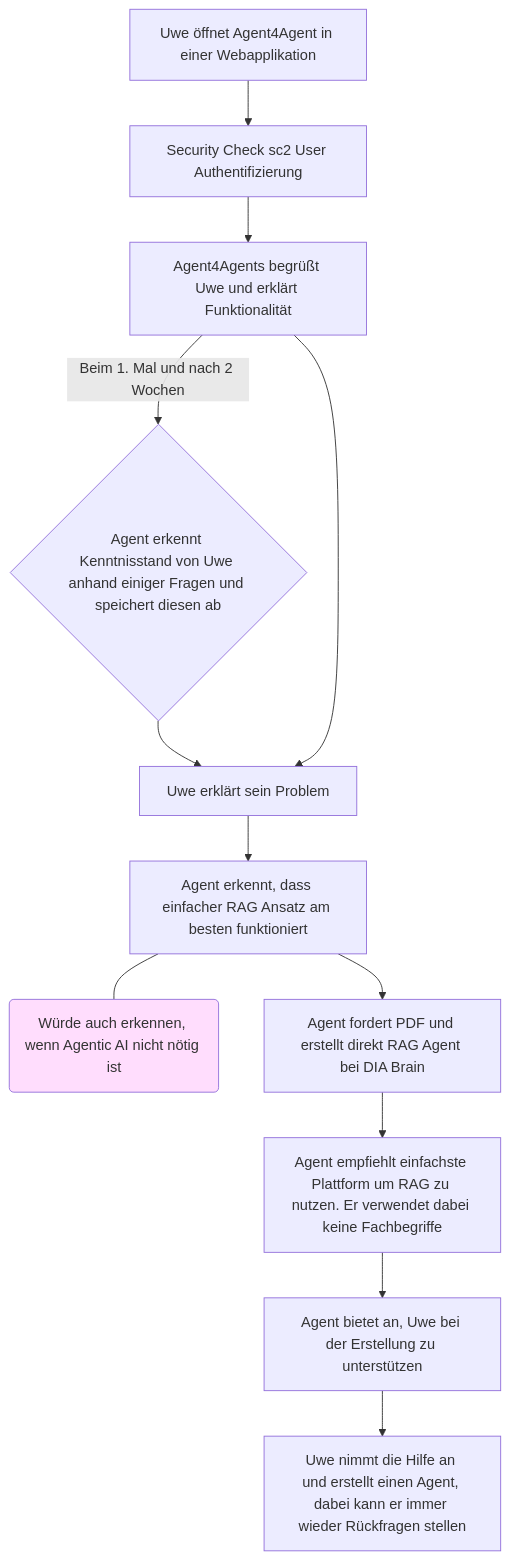
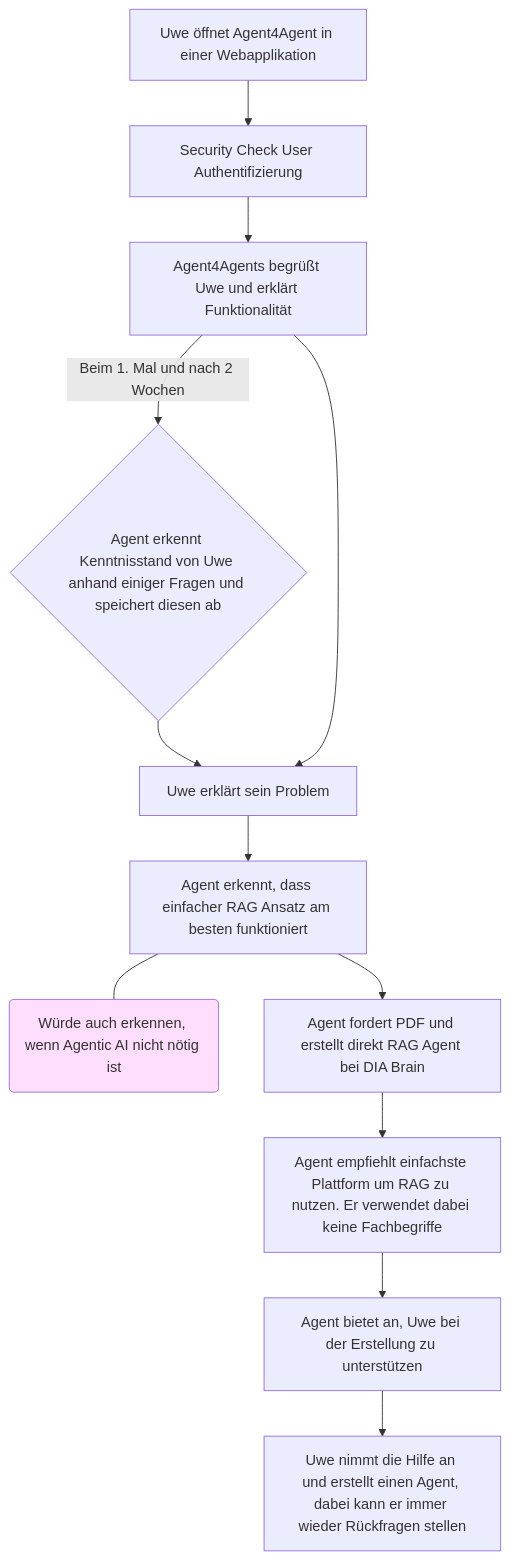
One commit to agentic-ai-ws2526-group-c/agent4agents-documentation changed the first of 4 diagrams in Ideation/User Personas and UseCases.md. Above: the diagram before and after it, drawn with Mermaid. The commit also changed other lines of this file, not shown here.

First line of the commit message:
Update security check terminology in workflows

````diff
--- a/Ideation/User Personas and UseCases.md
+++ b/Ideation/User Personas and UseCases.md
@@ -25,15 +25,15 @@
 ```mermaid
 graph TD
-    A[Uwe öffnet Agent4Agent in einer Webapplikation] --> SC[Security Check sc2 User Authentifizierung];
+    A[Uwe öffnet Agent4Agent in einer Webapplikation] --> SC[Security Check User Authentifizierung];
     SC --> B[Agent4Agents begrüßt Uwe und erklärt Funktionalität];
     B -- ""Beim 1. Mal und nach 2 Wochen"" --> C{Agent erkennt Kenntnisstand von Uwe anhand einiger Fragen und speichert diesen ab};
     C --> D[Uwe erklärt sein Problem];
     B --> D;
     D --> E[Agent erkennt, dass einfacher RAG Ansatz am besten funktioniert];
     E --- F(Würde auch erkennen, wenn Agentic AI nicht nötig ist);
     E --> G[Agent fordert PDF und erstellt direkt RAG Agent bei DIA Brain];
     G --> H[Agent empfiehlt einfachste Plattform um RAG zu nutzen. Er verwendet dabei keine Fachbegriffe];
     H --> I[Agent bietet an, Uwe bei der Erstellung zu unterstützen];
     I --> J[Uwe nimmt die Hilfe an und erstellt einen Agent, dabei kann er immer wieder Rückfragen stellen];
     style F fill:#FFDDFD
 ```
````
